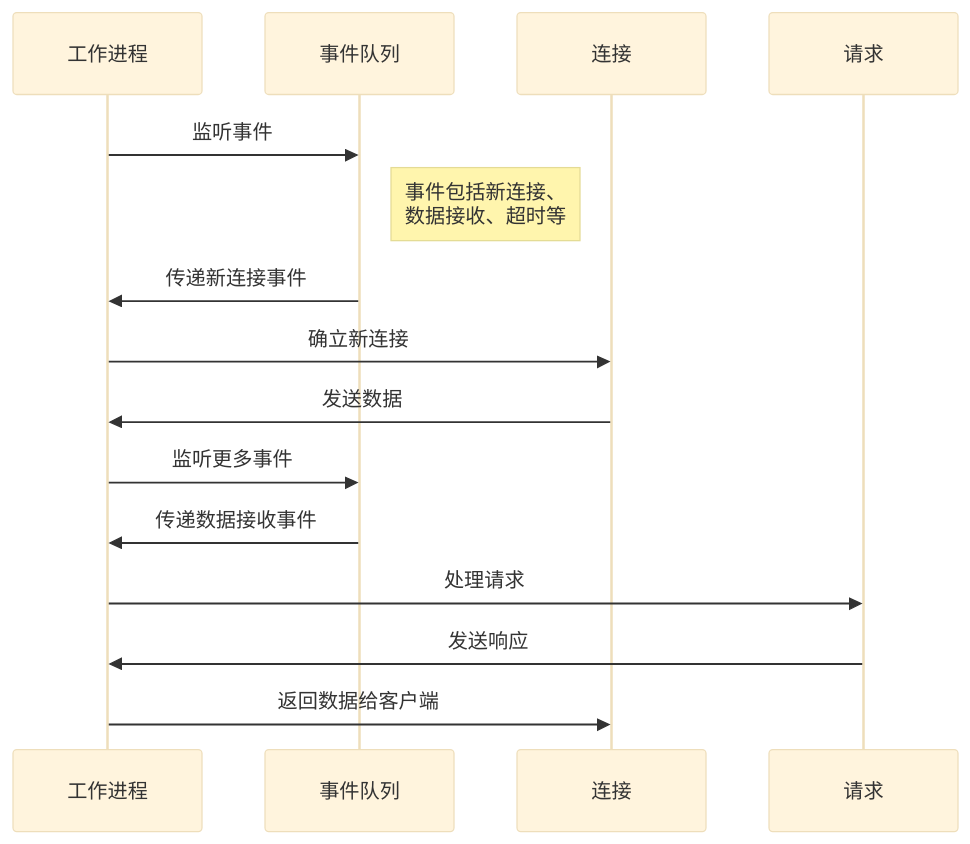
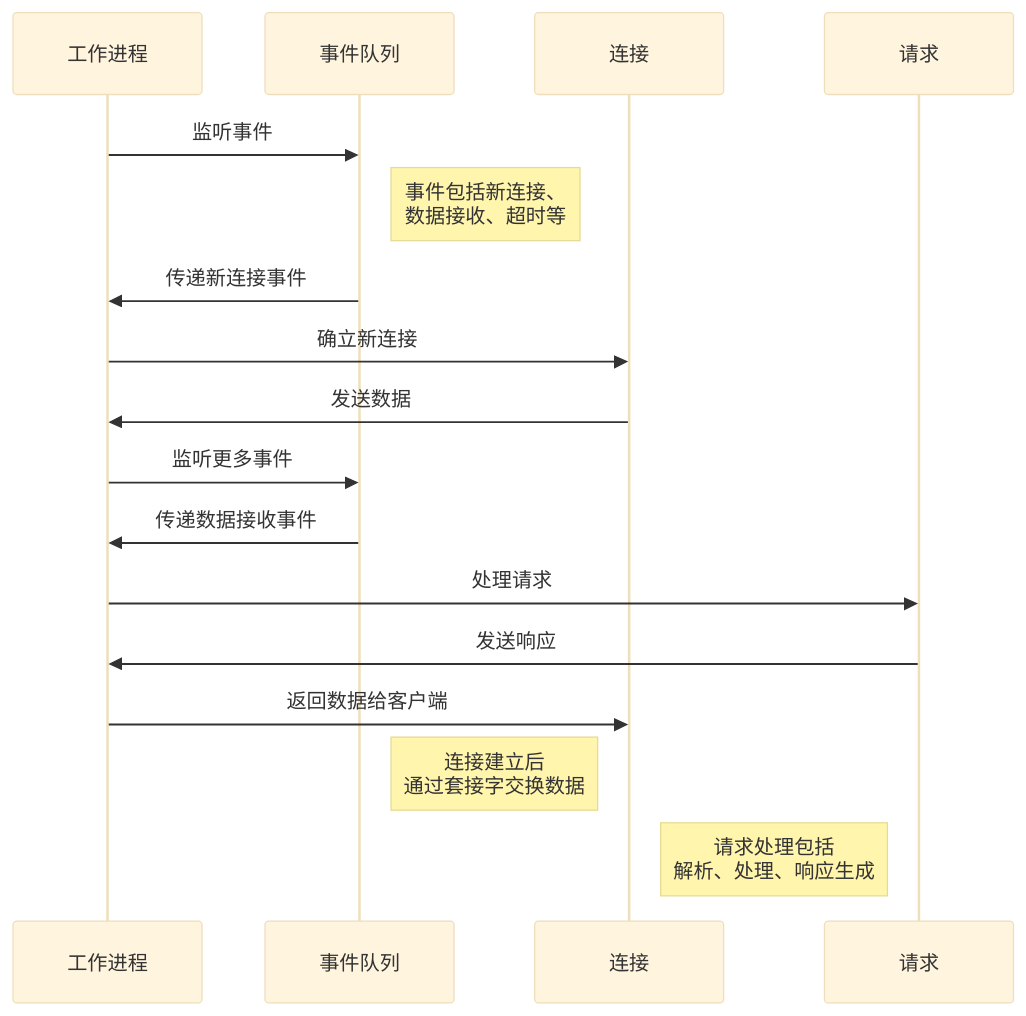
One commit to SevenWate/wiki changed the second of 2 diagrams in Tech/computer-network/Nginx/概述.md. Above: the diagram before and after it, drawn with Mermaid (base theme). The commit also changed other lines of this file and 1 other file, not shown here.

````diff
--- a/Tech/computer-network/Nginx/概述.md
+++ b/Tech/computer-network/Nginx/概述.md
@@ -77,18 +124,21 @@
 ```mermaid
 sequenceDiagram
     participant Worker as 工作进程
     participant EventQueue as 事件队列
     participant Connection as 连接
     participant Request as 请求
 
     Worker->>EventQueue: 监听事件
     Note right of EventQueue: 事件包括新连接、<br/>数据接收、超时等
     EventQueue->>Worker: 传递新连接事件
     Worker->>Connection: 确立新连接
     Connection->>Worker: 发送数据
     Worker->>EventQueue: 监听更多事件
     EventQueue->>Worker: 传递数据接收事件
     Worker->>Request: 处理请求
     Request->>Worker: 发送响应
     Worker->>Connection: 返回数据给客户端
+
+    Note left of Connection: 连接建立后<br/>通过套接字交换数据
+    Note left of Request: 请求处理包括<br/>解析、处理、响应生成
 ```
````
